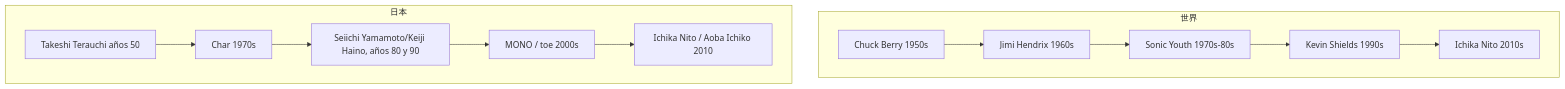
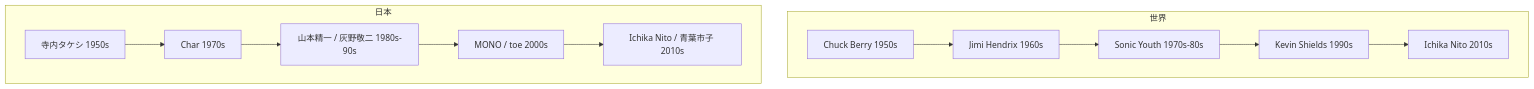
The diagram in es/_posts/2025-10-18-column-guitarists.md (monumental-movement/monumental-movement.github.io), drawn with Mermaid before and after one commit. The commit also changed other lines of this file and 299 other files, not shown here.

```diff
--- a/es/_posts/2025-10-18-column-guitarists.md
+++ b/es/_posts/2025-10-18-column-guitarists.md
@@ -215,23 +215,23 @@
 <div class="mermaid">
 
 flowchart TD
     subgraph 世界
     A1950["Chuck Berry 1950s"]
     A1960["Jimi Hendrix 1960s"]
     A1970["Sonic Youth 1970s-80s"]
     A1980["Kevin Shields 1990s"]
     A1990["Ichika Nito 2010s"]
     end
 
     subgraph 日本
-    J1950["Takeshi Terauchi años 50"]
+    J1950["寺内タケシ 1950s"]
     J1960["Char 1970s"]
-    J1970["Seiichi Yamamoto/Keiji Haino, años 80 y 90"]
+    J1970["山本精一 / 灰野敬二 1980s-90s"]
     J1980["MONO / toe 2000s"]
-    J1990["Ichika Nito / Aoba Ichiko 2010"]
+    J1990["Ichika Nito / 青葉市子 2010s"]
     end
 
     A1950 --> A1960 --> A1970 --> A1980 --> A1990
     J1950 --> J1960 --> J1970 --> J1980 --> J1990
 
 </div>
```
